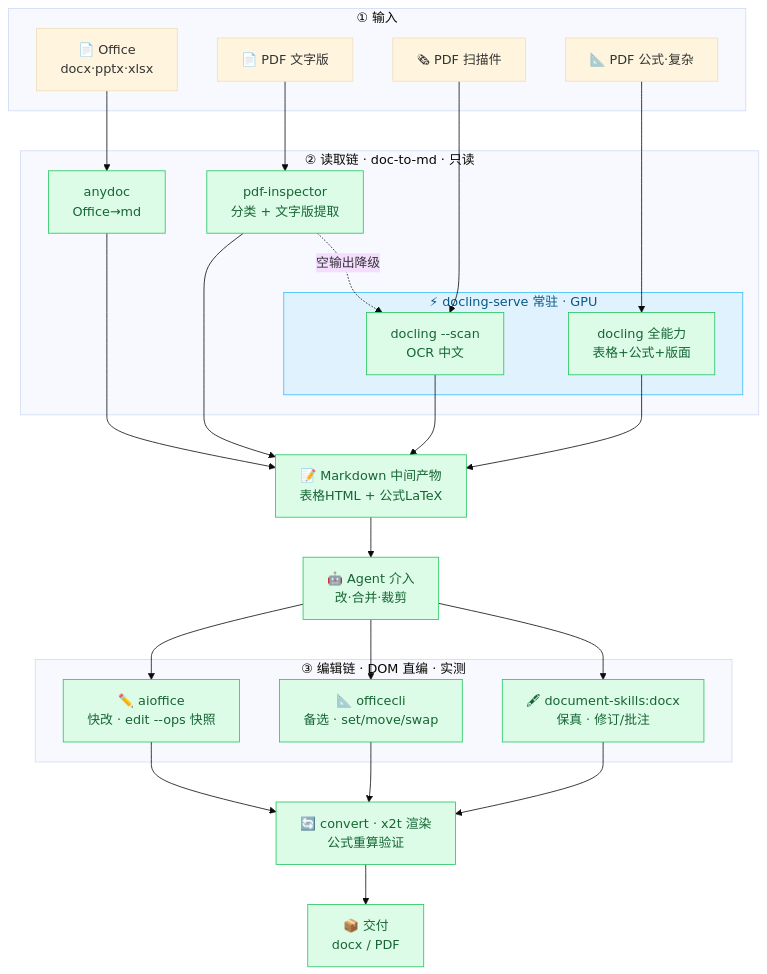
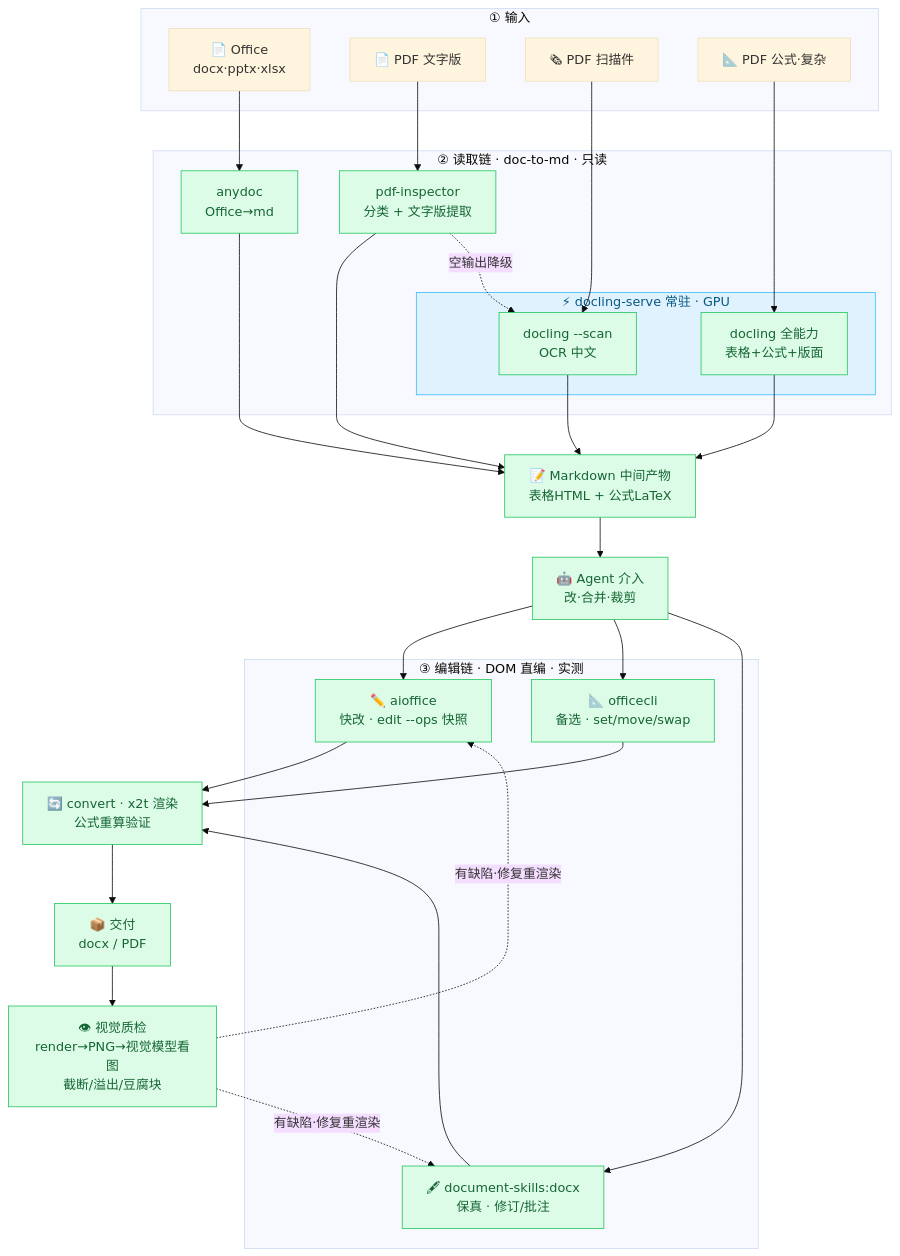
Before and after one commit to TunaTung/office-workflow: the diagram in README.md, drawn with Mermaid (base theme). The commit also changed other lines of this file and 1 other file, not shown here.

````diff
--- a/README.md
+++ b/README.md
@@ -23,60 +25,62 @@
 ```mermaid
 flowchart TD
     %% ① 输入
     subgraph L1[① 输入]
         IN1[📄 Office<br/>docx·pptx·xlsx]
         IN2[📄 PDF 文字版]
         IN3[🗞 PDF 扫描件]
         IN4[📐 PDF 公式·复杂]
     end
 
     %% ② 读取链（只读，不改源）
     subgraph L2[② 读取链 · doc-to-md · 只读]
         A1[anydoc<br/>Office→md]
         A2[pdf-inspector<br/>分类 + 文字版提取]
         subgraph SERVE[⚡ docling-serve 常驻 · GPU]
             A3[docling --scan<br/>OCR 中文]
             A4[docling 全能力<br/>表格+公式+版面]
         end
     end
 
     %% 中间产物 + Agent 介入
     MD[📝 Markdown 中间产物<br/>表格HTML + 公式LaTeX]
     AGT[🤖 Agent 介入<br/>改·合并·裁剪]
 
     %% ③ 编辑链（DOM 直编源文件，实测成型）
     subgraph L3[③ 编辑链 · DOM 直编 · 实测]
         B1[✏️ aioffice<br/>快改 · edit --ops 快照]
         B2[📐 officecli<br/>备选 · set/move/swap]
         B3[🖋 document-skills:docx<br/>保真 · 修订/批注]
     end
 
-    %% 转换交付
+    %% 转换交付 + 视觉质检（闭环）
     CVT[🔄 convert · x2t 渲染<br/>公式重算验证]
     OUT[📦 交付<br/>docx / PDF]
+    QA[👁 视觉质检<br/>render→PNG→视觉模型看图<br/>截断/溢出/豆腐块]
 
     %% 连线
     IN1 --> A1
     IN2 --> A2
     IN3 --> A3
     IN4 --> A4
     A1 --> MD
     A2 --> MD
     A2 -.空输出降级.-> A3
     A3 --> MD
     A4 --> MD
     MD --> AGT
     AGT --> B1 & B2 & B3
     B1 --> CVT
     B2 --> CVT
     B3 --> CVT
     CVT --> OUT
+    OUT --> QA
+    QA -.有缺陷·修复重渲染.-> B1
+    QA -.有缺陷·修复重渲染.-> B3
 
-    %% 状态：🟢实测 / 🟡未实测 / 🔵GPU底座
+    %% 状态：🟢实测 / 🔵GPU底座
     classDef ok fill:#dcfce7,stroke:#22c55e,color:#166534
-    classDef nok fill:#fef9c3,stroke:#eab308,color:#92400e
     classDef base fill:#e0f2fe,stroke:#38bdf8,color:#075985
-    class A2,A3,A4,MD,AGT,B1,B2,B3,CVT,OUT ok
-    class A1 ok
+    class A1,A2,A3,A4,MD,AGT,B1,B2,B3,CVT,OUT,QA ok
     class SERVE base
 ```
````
